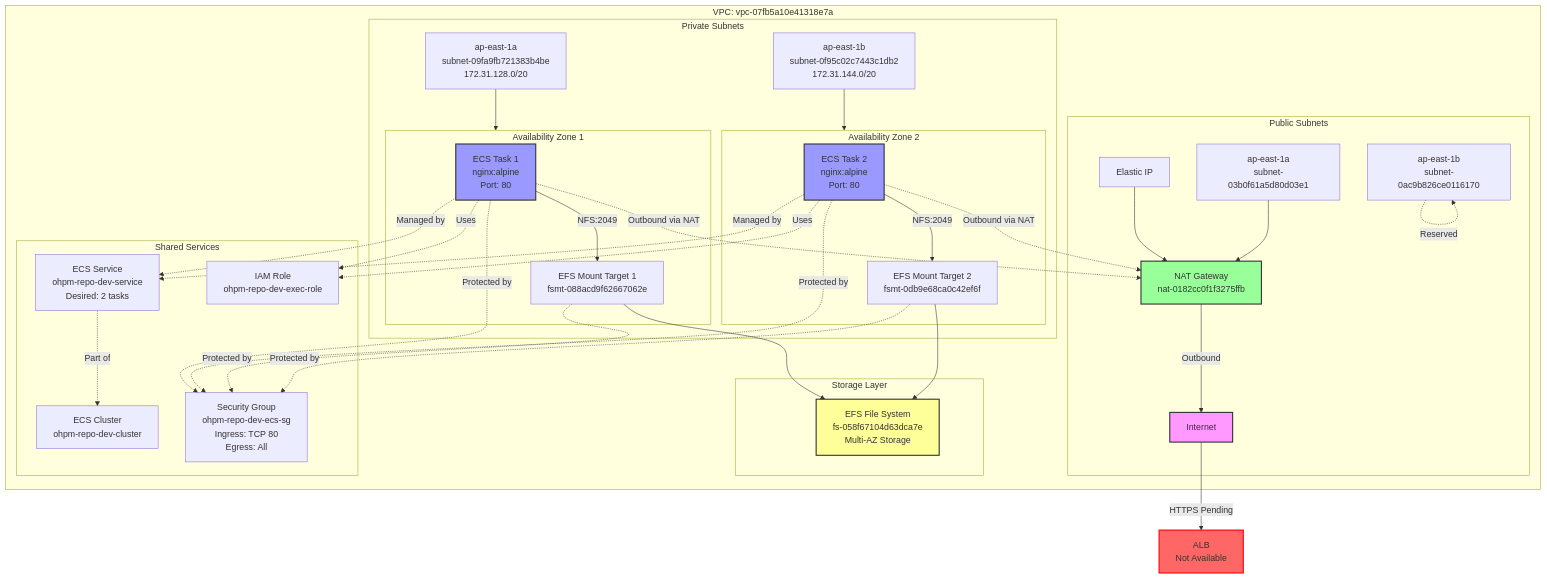
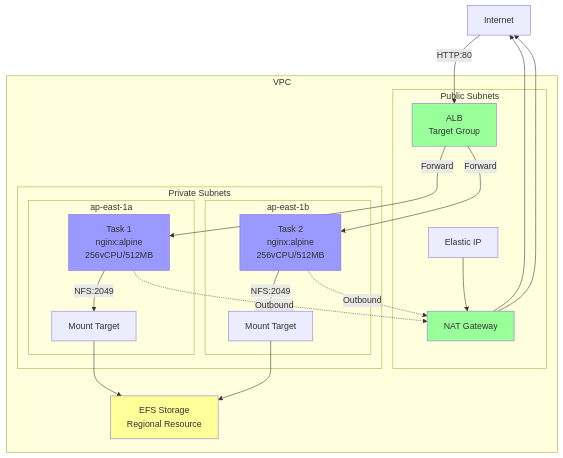
Before and after one commit to hogan-kang/ohpm-repo-deploy: the first of 6 diagrams in ARCHITECTURE.md, drawn with Mermaid. The commit also changed other lines of this file and 5 other files, not shown here.

Commit message:
Add OHPM repo Docker build with GitHub Actions

````diff
--- a/ARCHITECTURE.md
+++ b/ARCHITECTURE.md
@@ -5,77 +5,44 @@
 ```mermaid
 graph TB
-    Internet[Internet] -->|HTTPS Pending| ALB[ALB<br/>Not Available]
+    Internet[Internet] -->|HTTP:80| ALB[ALB<br/>Target Group]
 
-    subgraph VPC[VPC: vpc-07fb5a10e41318e7a]
-        subgraph PublicSubnets[Public Subnets]
-            PubSub1[ap-east-1a<br/>subnet-03b0f61a5d80d03e1]
-            PubSub2[ap-east-1b<br/>subnet-0ac9b826ce0116170]
-
-            NATGW[NAT Gateway<br/>nat-0182cc0f1f3275ffb]
+    subgraph VPC[VPC]
+        subgraph Public[Public Subnets]
+            ALB
+            NATGW[NAT Gateway]
             EIP[Elastic IP]
-
             EIP --> NATGW
-            NATGW -->|Outbound| Internet
-
-            PubSub1 --> NATGW
-            PubSub2 -.->|Reserved| PubSub2
         end
 
-        subgraph PrivateSubnets[Private Subnets]
-            PrivSub1[ap-east-1a<br/>subnet-09fa9fb721383b4be<br/>172.31.128.0/20]
-            PrivSub2[ap-east-1b<br/>subnet-0f95c02c7443c1db2<br/>172.31.144.0/20]
-
-            subgraph AZ1[Availability Zone 1]
-                Task1[ECS Task 1<br/>nginx:alpine<br/>Port: 80]
-                MountTarget1[EFS Mount Target 1<br/>fsmt-088acd9f62667062e]
-
-                Task1 -->|NFS:2049| MountTarget1
-                Task1 -.->|Outbound via NAT| NATGW
+        subgraph Private[Private Subnets]
+            subgraph AZ1[ap-east-1a]
+                Task1[Task 1<br/>nginx:alpine<br/>256vCPU/512MB]
+                MT1[Mount Target]
+                Task1 -->|NFS:2049| MT1
             end
 
-            subgraph AZ2[Availability Zone 2]
-                Task2[ECS Task 2<br/>nginx:alpine<br/>Port: 80]
-                MountTarget2[EFS Mount Target 2<br/>fsmt-0db9e68ca0c42ef6f]
-
-                Task2 -->|NFS:2049| MountTarget2
-                Task2 -.->|Outbound via NAT| NATGW
+            subgraph AZ2[ap-east-1b]
+                Task2[Task 2<br/>nginx:alpine<br/>256vCPU/512MB]
+                MT2[Mount Target]
+                Task2 -->|NFS:2049| MT2
             end
-
-            PrivSub1 --> AZ1
-            PrivSub2 --> AZ2
         end
 
-        subgraph Storage[Storage Layer]
-            EFS[EFS File System<br/>fs-058f67104d63dca7e<br/>Multi-AZ Storage]
-
-            MountTarget1 --> EFS
-            MountTarget2 --> EFS
-        end
-
-        subgraph Shared[Shared Services]
-            ECSCluster[ECS Cluster<br/>ohpm-repo-dev-cluster]
-            ECSService[ECS Service<br/>ohpm-repo-dev-service<br/>Desired: 2 tasks]
-            SG[Security Group<br/>ohpm-repo-dev-ecs-sg<br/>Ingress: TCP 80<br/>Egress: All]
-            IAMRole[IAM Role<br/>ohpm-repo-dev-exec-role]
-
-            Task1 -.->|Managed by| ECSService
-            Task2 -.->|Managed by| ECSService
-            ECSService -.->|Part of| ECSCluster
-
-            Task1 -.->|Protected by| SG
-            Task2 -.->|Protected by| SG
-            MountTarget1 -.->|Protected by| SG
-            MountTarget2 -.->|Protected by| SG
-
-            Task1 -.->|Uses| IAMRole
-            Task2 -.->|Uses| IAMRole
-        end
+        EFS[EFS Storage<br/>Regional Resource]
     end
 
-    style Internet fill:#f9f,stroke:#333,stroke-width:2px
-    style ALB fill:#f66,stroke:#f00,stroke-width:2px
-    style NATGW fill:#9f9,stroke:#333,stroke-width:2px
-    style EFS fill:#ff9,stroke:#333,stroke-width:2px
-    style Task1 fill:#99f,stroke:#333,stroke-width:2px
-    style Task2 fill:#99f,stroke:#333,stroke-width:2px
+    MT1 --> EFS
+    MT2 --> EFS
+
+    ALB -->|Forward| Task1
+    ALB -->|Forward| Task2
+
+    Task1 -.->|Outbound| NATGW --> Internet
+    Task2 -.->|Outbound| NATGW --> Internet
+
+    style ALB fill:#9f9
+    style EFS fill:#ff9
+    style NATGW fill:#9f9
+    style Task1 fill:#99f
+    style Task2 fill:#99f
 ```
````
